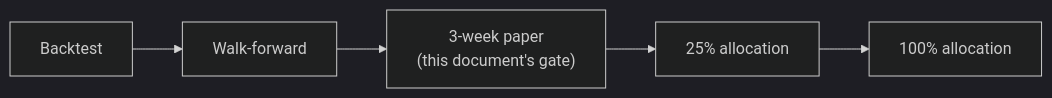
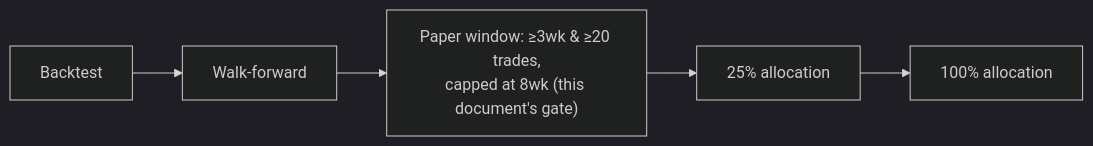
The diagram in docs/08-paper-exit-criteria.md (aplicy-com/guarded-trader), drawn with Mermaid (dark theme) before and after one commit. The commit also changed other lines of this file and 9 other files, not shown here.

````diff
--- a/docs/08-paper-exit-criteria.md
+++ b/docs/08-paper-exit-criteria.md
@@ -14,7 +14,7 @@
 ```mermaid
 flowchart LR
     BT["Backtest"] --> WF["Walk-forward"]
-    WF --> Paper["3-week paper<br/>(this document's gate)"]
+    WF --> Paper["Paper window: ≥3wk & ≥20 trades,<br/>capped at 8wk (this document's gate)"]
     Paper --> A25["25% allocation"]
     A25 --> A100["100% allocation"]
 ```
````
